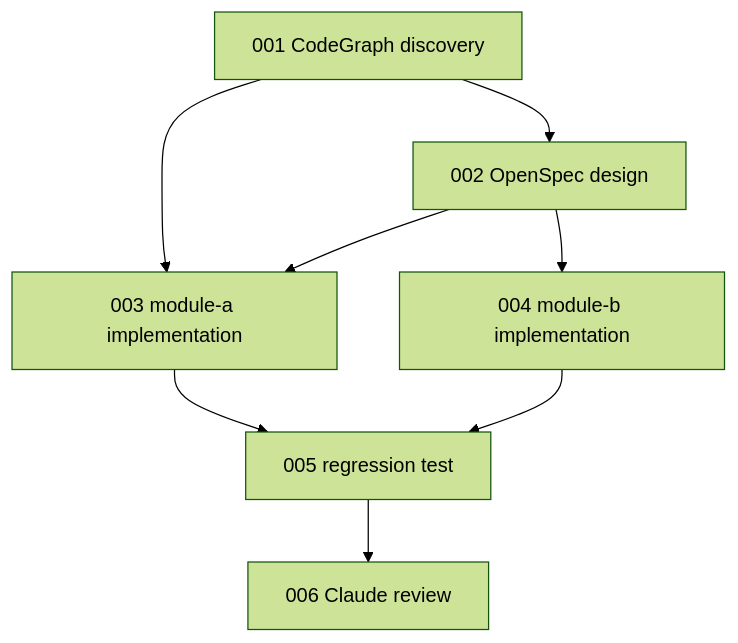
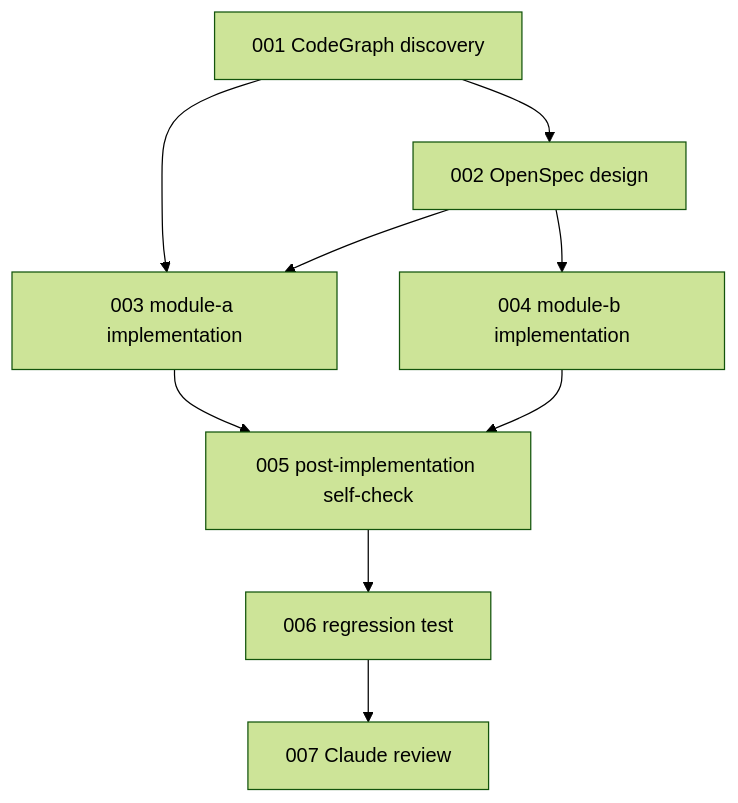
One commit to WealthyMan95/hades-openspec-java-workflow changed the diagram in assets/templates/dependencies.md. Above: the diagram before and after it, drawn with Mermaid (forest theme). The commit also changed other lines of this file and 23 other files, not shown here.

Commit message:
feat: add post implementation self check

````diff
--- a/assets/templates/dependencies.md
+++ b/assets/templates/dependencies.md
@@ -66,17 +69,19 @@
 ```mermaid
 flowchart TD
     T001["001 CodeGraph discovery"]
     T002["002 OpenSpec design"]
     T003["003 module-a implementation"]
     T004["004 module-b implementation"]
-    T005["005 regression test"]
-    T006["006 Claude review"]
+    T005["005 post-implementation self-check"]
+    T006["006 regression test"]
+    T007["007 Claude review"]
 
     T001 --> T002
     T001 --> T003
     T002 --> T003
     T002 --> T004
     T003 --> T005
     T004 --> T005
     T005 --> T006
+    T006 --> T007
 ```
````
